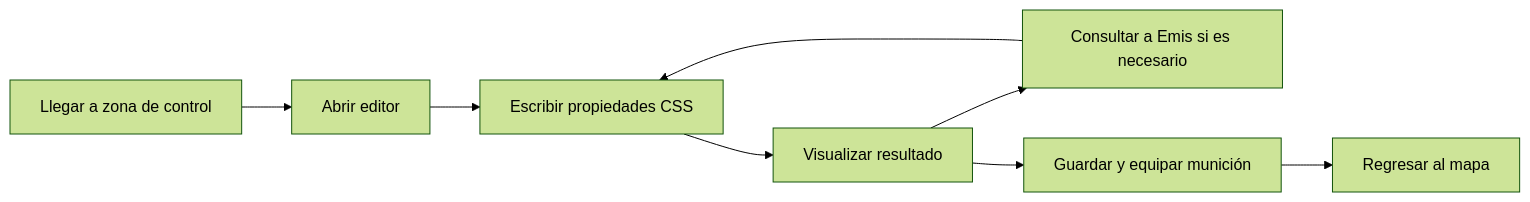
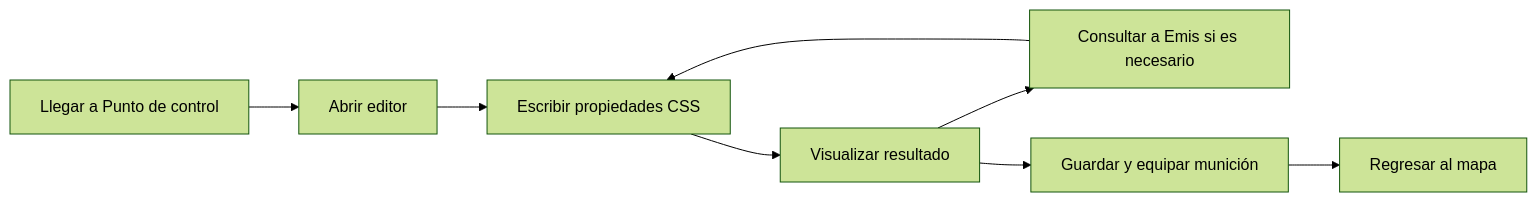
The third of 5 diagrams in src/content/progresion/otros-loops.md (Jonathan-Bello/GDD-CSS), drawn with Mermaid (forest theme) before and after one commit. The commit also changed other lines of this file and 18 other files, not shown here.

````diff
--- a/src/content/progresion/otros-loops.md
+++ b/src/content/progresion/otros-loops.md
@@ -49,10 +49,10 @@
 ```mermaid
 flowchart LR
-    A[Llegar a zona de control] --> B[Abrir editor]
+    A[Llegar a Punto de control] --> B[Abrir editor]
     B --> C[Escribir propiedades CSS]
     C --> D[Visualizar resultado]
     D --> E[Consultar a Emis si es necesario]
     E --> C
     D --> F[Guardar y equipar munición]
     F --> G[Regresar al mapa]
 ```
````
